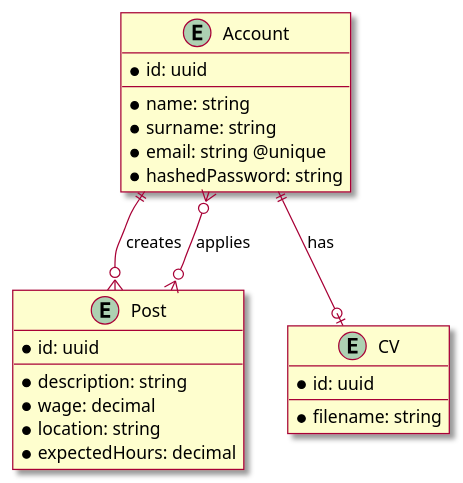
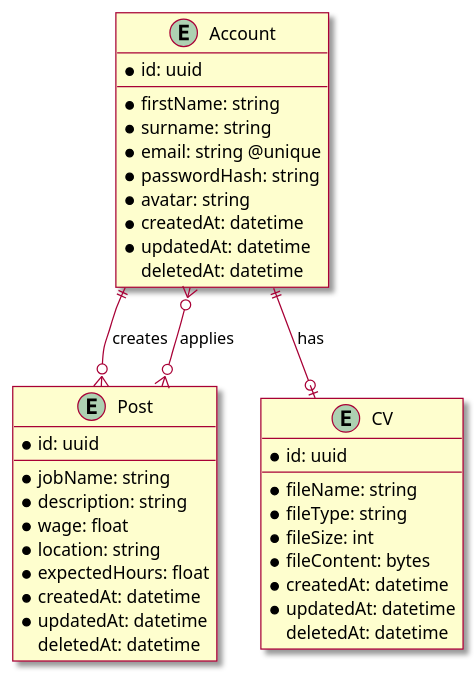
The diagram in docs/ERD.puml (adam-oprchal/Part-time-jobs), drawn with PlantUML before and after one commit. The commit also changed 1 other file, not shown here.

Commit message:
docs: update ERD

```diff
--- a/docs/ERD.puml
+++ b/docs/ERD.puml
@@ -1,35 +1,49 @@
 @startuml
 
 skin rose
 
 entity Account {
   * id: uuid
   --
-  * name: string
+  * firstName: string
   * surname: string
   * email: string @unique
-  * hashedPassword: string
+  * passwordHash: string
+  * avatar: string
+  * createdAt: datetime
+  * updatedAt: datetime
+  deletedAt: datetime
 }
 
 entity Post {
   * id: uuid
   --
+  * jobName: string
   * description: string
-  * wage: decimal
+  * wage: float
   * location: string
-  * expectedHours: decimal
+  * expectedHours: float
+  * createdAt: datetime
+  * updatedAt: datetime
+  deletedAt: datetime
 }
 
 entity CV {
   * id: uuid
   --
-  * filename: string
+  * fileName: string
+  * fileType: string
+  * fileSize: int
+  * fileContent: bytes  
+  * createdAt: datetime
+  * updatedAt: datetime
+  deletedAt: datetime
 }
 
 Account ||--o{ Post : creates 
 
 Account }o--o{ Post : applies
 
 Account ||--o| CV : has
 
 @enduml
```
